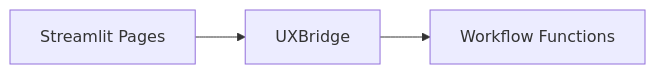
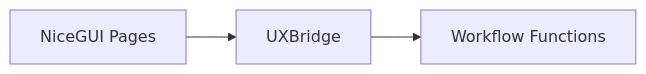
The second of 3 diagrams in docs/architecture/uxbridge.md (ravenoak/devsynth), drawn with Mermaid before and after one commit. The commit also changed other lines of this file and 34 other files, not shown here.

Commit message:
docs: migrate WebUI docs to NiceGUI

````diff
--- a/docs/architecture/uxbridge.md
+++ b/docs/architecture/uxbridge.md
@@ -86,5 +88,5 @@
 ```mermaid
 graph LR
-    ST[Streamlit Pages] --> Bridge[UXBridge]
+    NG[NiceGUI Pages] --> Bridge[UXBridge]
     Bridge --> WF[Workflow Functions]
 ```
````
